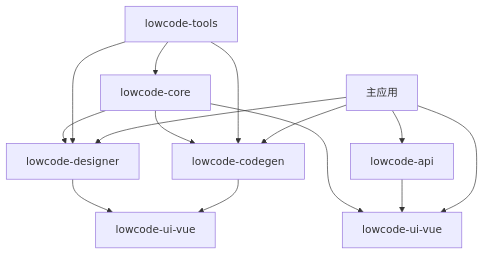
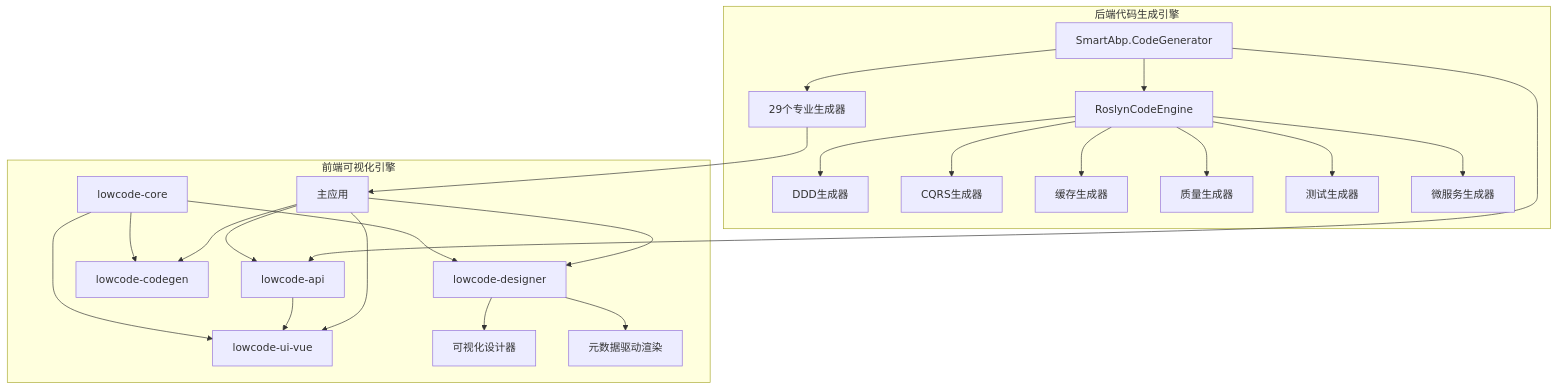
One commit to DULASlee/hxlot changed the diagram in docs/architecture/dependency-analysis.md. Above: the diagram before and after it, drawn with Mermaid. The commit also changed other lines of this file and 83 other files, not shown here.

````diff
--- a/docs/architecture/dependency-analysis.md
+++ b/docs/architecture/dependency-analysis.md
@@ -12,20 +13,31 @@
 ```mermaid
 graph TD
-    A[lowcode-core] --> B[lowcode-designer]
-    A --> C[lowcode-codegen]
-    A --> D[lowcode-ui-vue]
-    
-    B --> E[lowcode-ui-vue]
-    C --> E
-    
-    F[lowcode-tools] --> A
-    F --> B
-    F --> C
-    
-    G[lowcode-api] --> D
-    
-    H[主应用] --> B
-    H --> C
-    H --> D
-    H --> G
+    subgraph "后端代码生成引擎"
+        A[SmartAbp.CodeGenerator] --> B[RoslynCodeEngine]
+        A --> C[29个专业生成器]
+        B --> D[DDD生成器]
+        B --> E[CQRS生成器]
+        B --> F[缓存生成器]
+        B --> G[质量生成器]
+        B --> H[测试生成器]
+        B --> I[微服务生成器]
+    end
+
+    subgraph "前端可视化引擎"
+        J[lowcode-core] --> K[lowcode-designer]
+        J --> L[lowcode-codegen]
+        J --> M[lowcode-ui-vue]
+
+        K --> N[可视化设计器]
+        K --> O[元数据驱动渲染]
+
+        P[lowcode-api] --> M
+        Q[主应用] --> K
+        Q --> L
+        Q --> M
+        Q --> P
+    end
+
+    A --> P
+    C --> Q
 ```
````
